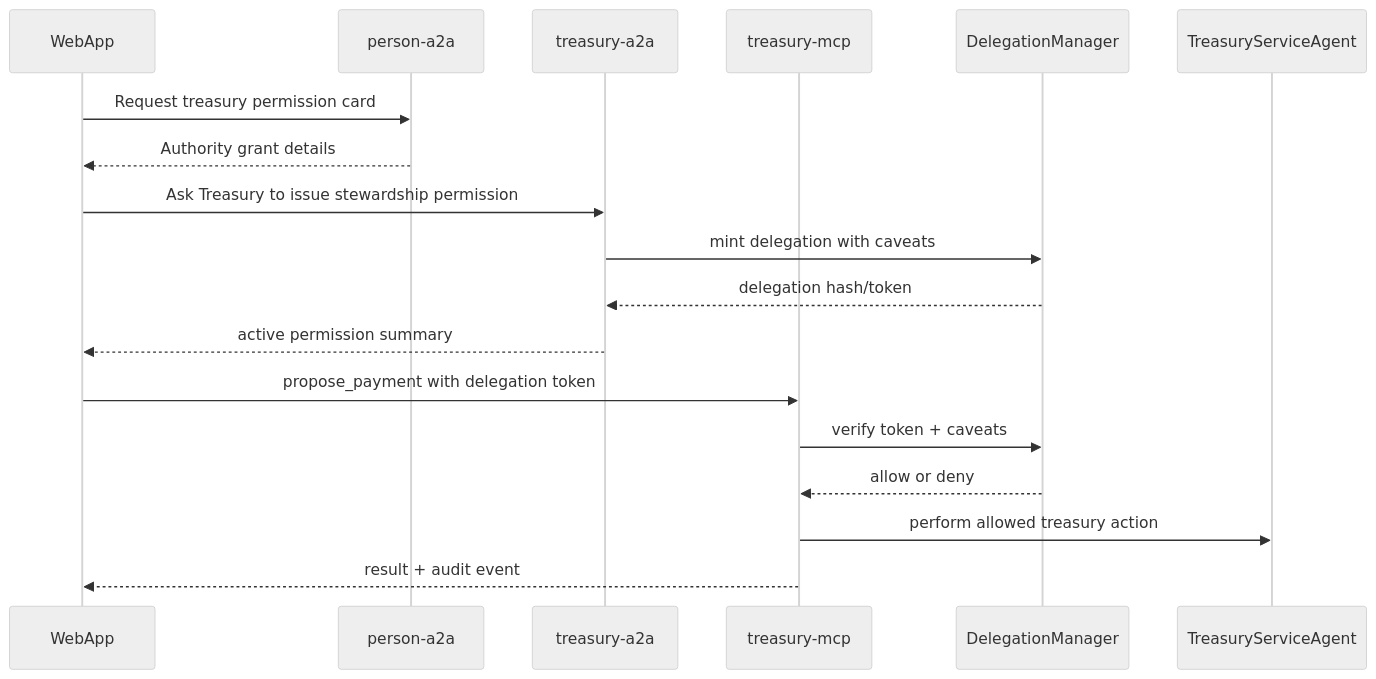
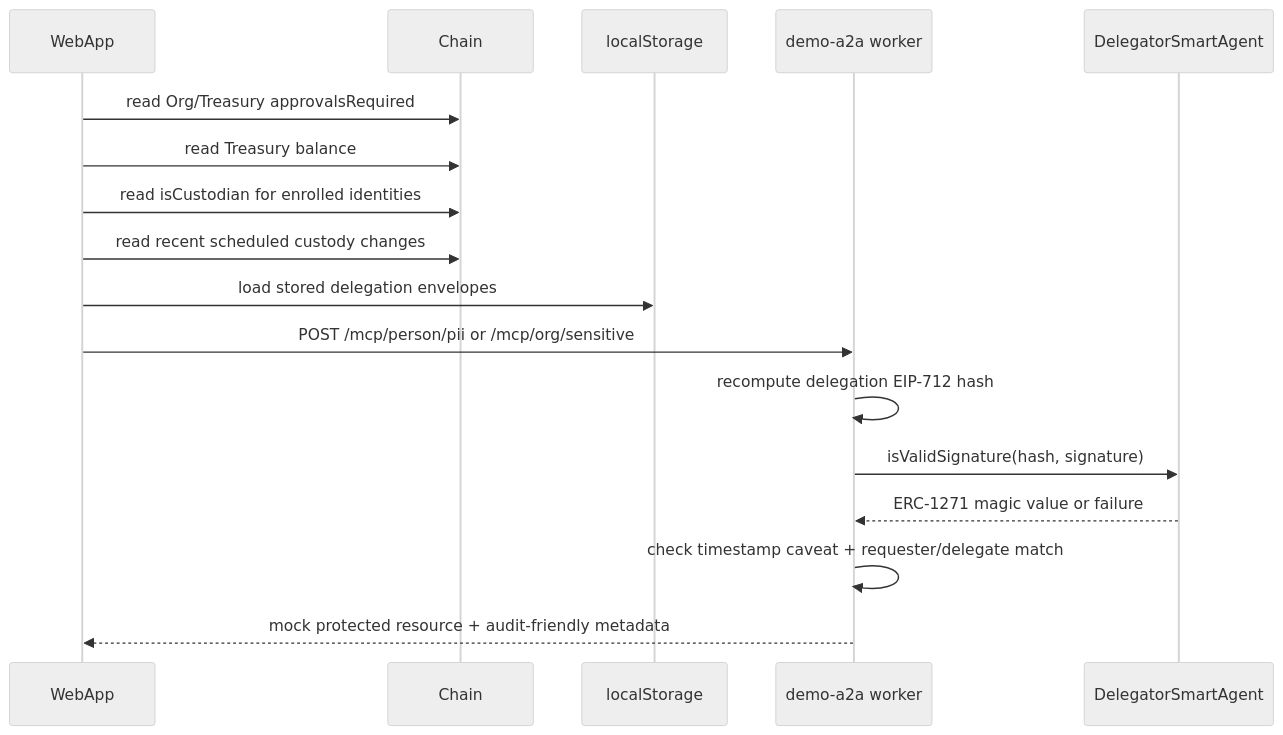
Before and after one commit to rpedersen3/agenticprimitives-6-17-26: the seventh of 7 diagrams in apps/demo-web-pro/docs/treasury-service-agent/guide.md, drawn with Mermaid (neutral theme). The commit also changed other lines of this file and 8 other files, not shown here.

````diff
--- a/apps/demo-web-pro/docs/treasury-service-agent/guide.md
+++ b/apps/demo-web-pro/docs/treasury-service-agent/guide.md
@@ -378,22 +518,21 @@
 ```mermaid
 sequenceDiagram
   participant WebApp
-  participant PersonA2A as person-a2a
-  participant TreasuryA2A as treasury-a2a
-  participant TreasuryMCP as treasury-mcp
-  participant Delegation as DelegationManager
-  participant Treasury as TreasuryServiceAgent
+  participant Chain
+  participant Storage as localStorage
+  participant A2A as demo-a2a worker
+  participant Delegator as DelegatorSmartAgent
 
-  WebApp->>PersonA2A: Request treasury permission card
-  PersonA2A-->>WebApp: Authority grant details
-  WebApp->>TreasuryA2A: Ask Treasury to issue stewardship permission
-  TreasuryA2A->>Delegation: mint delegation with caveats
-  Delegation-->>TreasuryA2A: delegation hash/token
-  TreasuryA2A-->>WebApp: active permission summary
+  WebApp->>Chain: read Org/Treasury approvalsRequired
+  WebApp->>Chain: read Treasury balance
+  WebApp->>Chain: read isCustodian for enrolled identities
+  WebApp->>Chain: read recent scheduled custody changes
+  WebApp->>Storage: load stored delegation envelopes
 
-  WebApp->>TreasuryMCP: propose_payment with delegation token
-  TreasuryMCP->>Delegation: verify token + caveats
-  Delegation-->>TreasuryMCP: allow or deny
-  TreasuryMCP->>Treasury: perform allowed treasury action
-  TreasuryMCP-->>WebApp: result + audit event
+  WebApp->>A2A: POST /mcp/person/pii or /mcp/org/sensitive
+  A2A->>A2A: recompute delegation EIP-712 hash
+  A2A->>Delegator: isValidSignature(hash, signature)
+  Delegator-->>A2A: ERC-1271 magic value or failure
+  A2A->>A2A: check timestamp caveat + requester/delegate match
+  A2A-->>WebApp: mock protected resource + audit-friendly metadata
 ```
````
